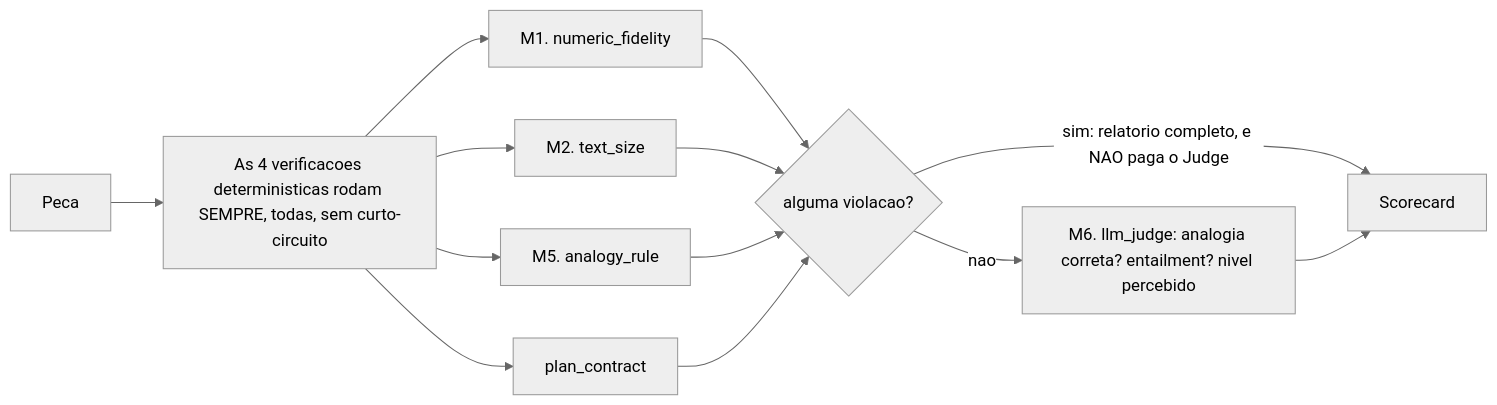
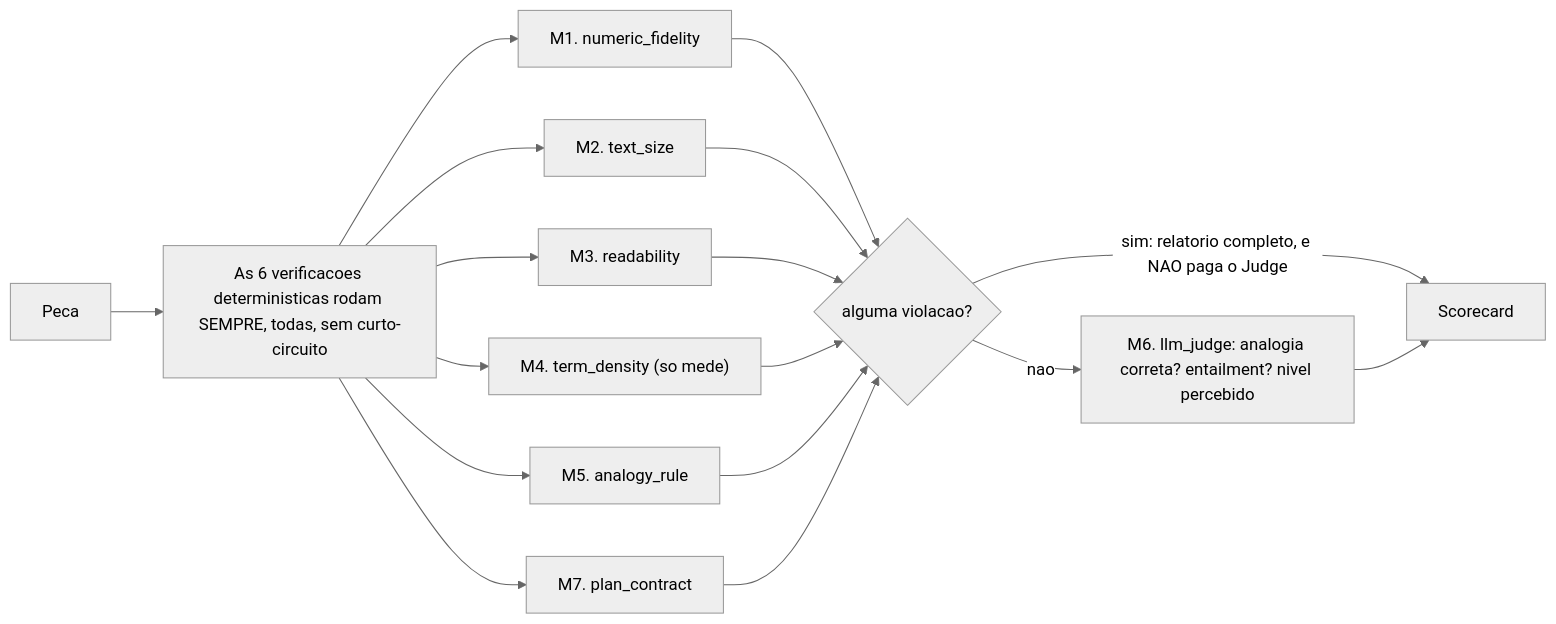
The second of 3 diagrams in docs/arquiteturas.md (lcordeirokopke/Sunointent), drawn with Mermaid (neutral theme) before and after one commit. The commit also changed other lines of this file and 53 other files, not shown here.

````diff
--- a/docs/arquiteturas.md
+++ b/docs/arquiteturas.md
@@ -600,15 +602,19 @@
 ```mermaid
 flowchart LR
-    P["Peca"] --> DET["As 4 verificacoes deterministicas rodam SEMPRE, todas, sem curto-circuito"]
+    P["Peca"] --> DET["As 6 verificacoes deterministicas rodam SEMPRE, todas, sem curto-circuito"]
     DET --> M1["M1. numeric_fidelity"]
     DET --> M2["M2. text_size"]
+    DET --> M3["M3. readability"]
+    DET --> M4["M4. term_density (so mede)"]
     DET --> M5["M5. analogy_rule"]
-    DET --> PC["plan_contract"]
+    DET --> PC["M7. plan_contract"]
     M1 --> G{"alguma violacao?"}
     M2 --> G
+    M3 --> G
+    M4 --> G
     M5 --> G
     PC --> G
     G -->|"sim: relatorio completo, e NAO paga o Judge"| SC["Scorecard"]
     G -->|nao| J["M6. llm_judge: analogia correta? entailment? nivel percebido"]
     J --> SC
 ```
````
